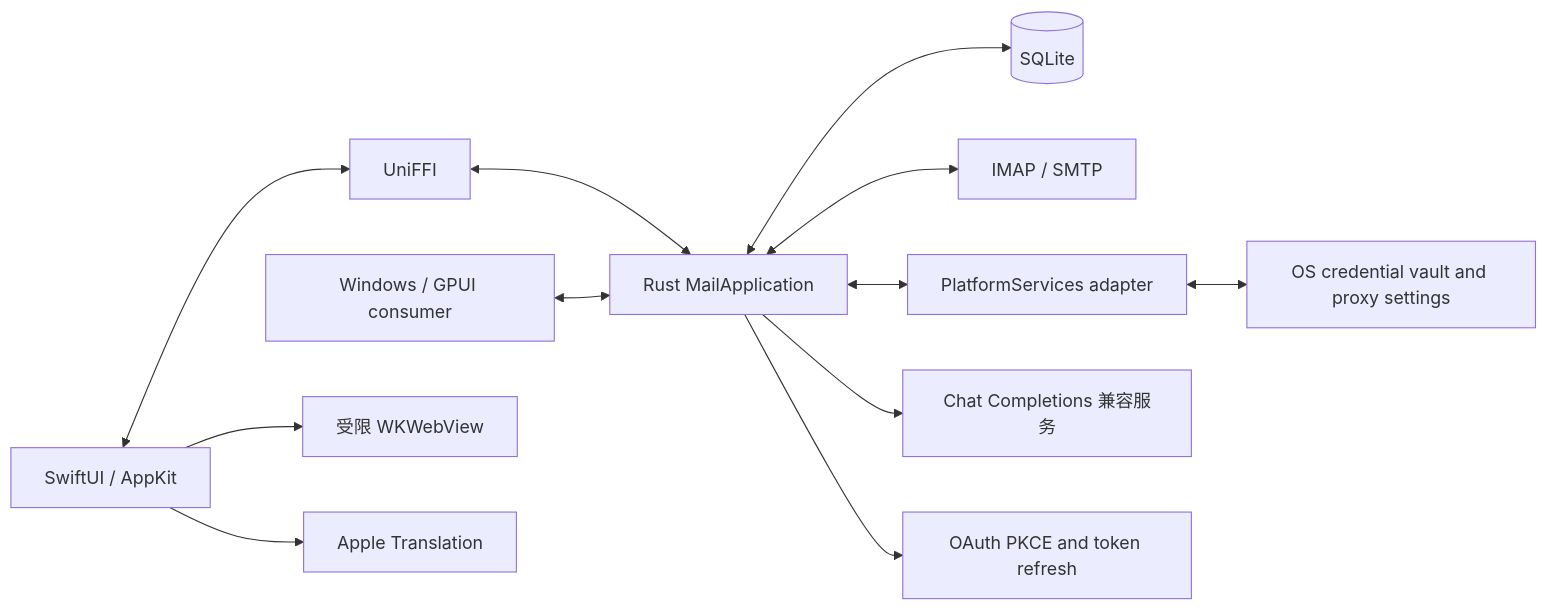
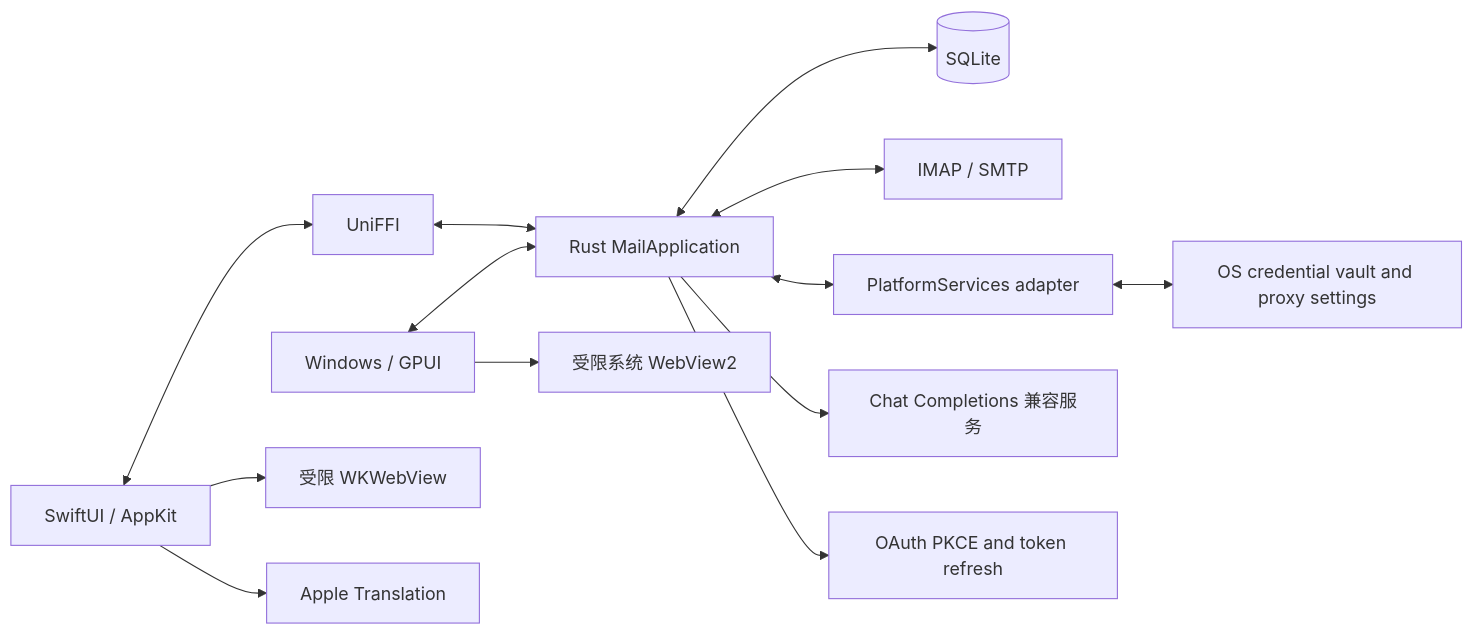
Before and after one commit to baileyh8/lightmail: the diagram in docs/architecture.md, drawn with Mermaid. The commit also changed other lines of this file and 13 other files, not shown here.

````diff
--- a/docs/architecture.md
+++ b/docs/architecture.md
@@ -5,14 +5,15 @@
 ```mermaid
 flowchart LR
     UI[SwiftUI / AppKit] <--> FFI[UniFFI]
     FFI <--> Core[Rust MailApplication]
-    Windows[Windows / GPUI consumer] <--> Core
+    Windows[Windows / GPUI] <--> Core
     Core <--> DB[(SQLite)]
     Core <--> Mail[IMAP / SMTP]
     Core <--> Platform[PlatformServices adapter]
     Platform <--> Keychain[OS credential vault and proxy settings]
     UI --> Reader[受限 WKWebView]
+    Windows --> WebView2[受限系统 WebView2]
     Core --> LLM[Chat Completions 兼容服务]
     Core --> OAuth[OAuth PKCE and token refresh]
     UI --> Translation[Apple Translation]
 ```
````
